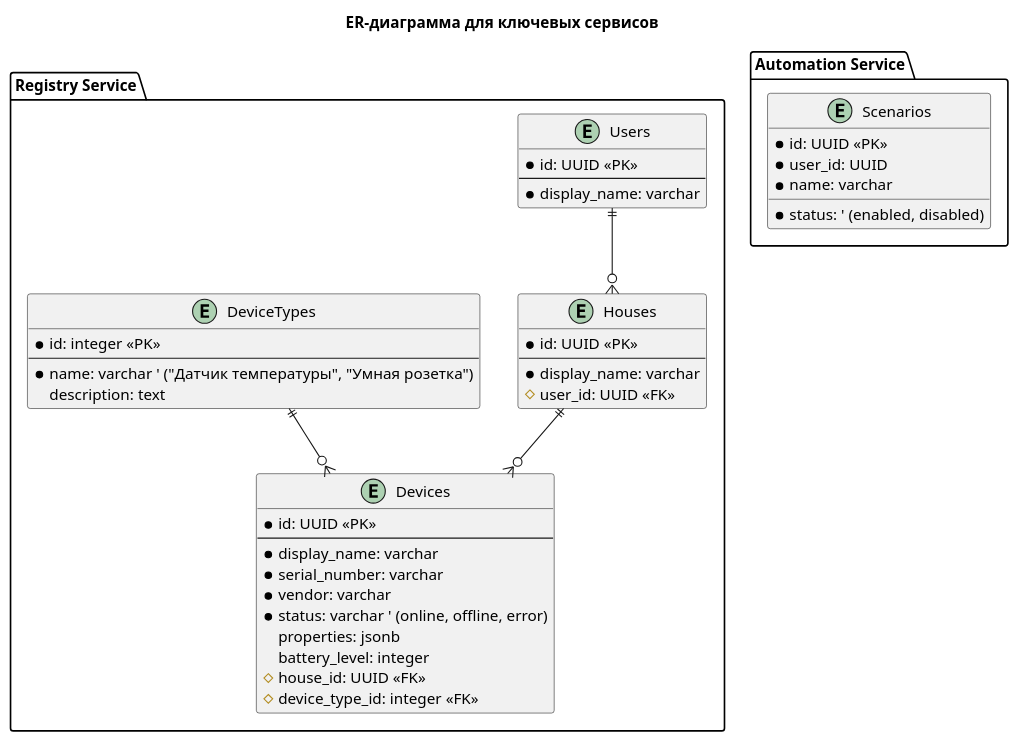
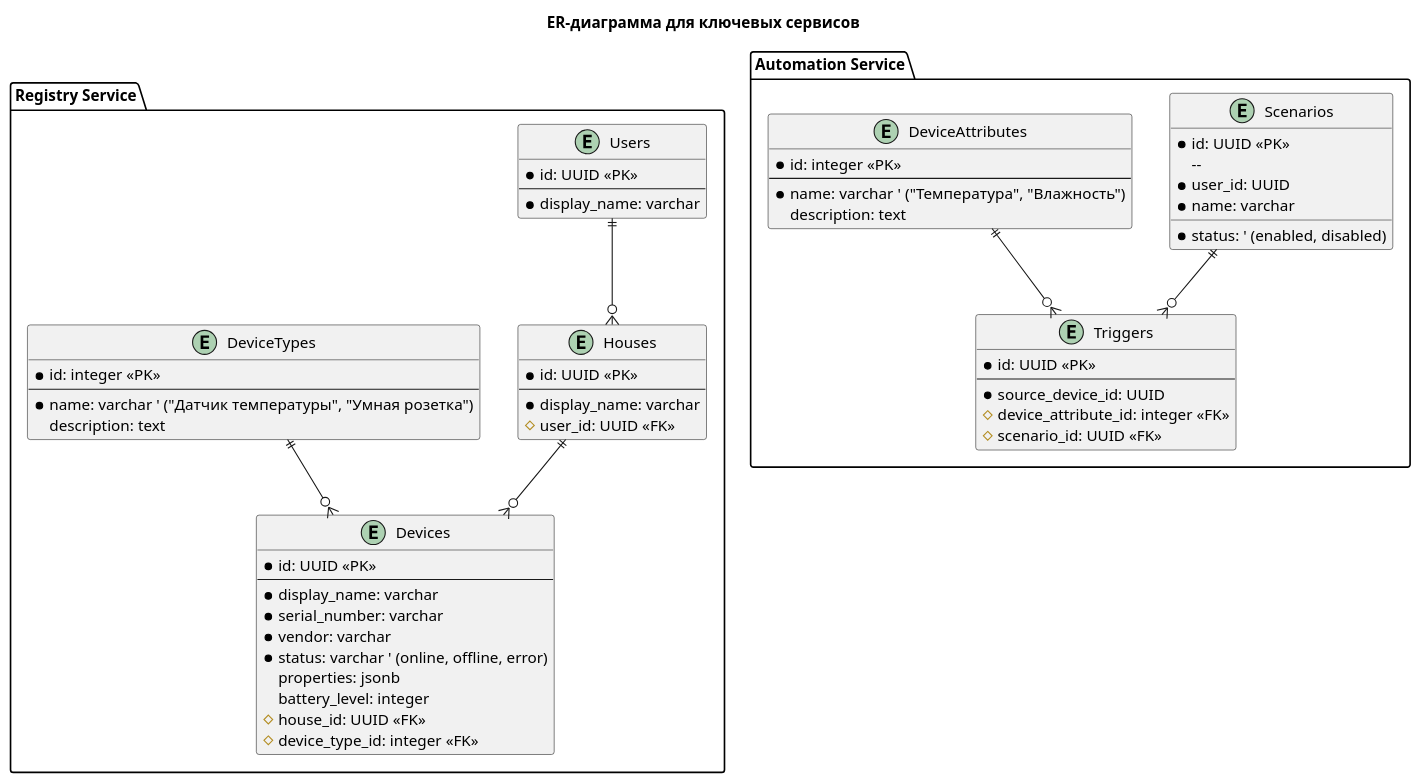
One commit to Manjago/arch-pro-sprint1 changed the diagram in docs/diagrams/ER_Diagram_CoreServices.puml. Above: the diagram before and after it, drawn with PlantUML.

Commit message:
entity "Triggers"

```diff
--- a/docs/diagrams/ER_Diagram_CoreServices.puml
+++ b/docs/diagrams/ER_Diagram_CoreServices.puml
@@ -1,82 +1,117 @@
 @startuml ER_Diagram_CoreServices
 
 title ER-диаграмма для ключевых сервисов
 
 package "Registry Service" {
 
+' Пользователи
 entity "Users" {
   ' Уникальный идентификатор, синхронизируется с Users Service
   * id: UUID <<PK>>
   --
   ' Отображаемое имя, используется в интерфейсах поддержки
   * display_name: varchar
 }
 
+' Дома
 entity "Houses" {
   ' Уникальный идентификатор дома
   * id: UUID <<PK>>
   --
   ' Отображаемое имя (например, "Дача")
   * display_name: varchar
   ' Внешний ключ на владельца дома
   # user_id: UUID <<FK>>
 }
 
+' Устройства
 entity "Devices" {
   ' Уникальный идентификатор устройства
     * id: UUID <<PK>>
     --
   ' Отображаемое имя (например, "Нагреватель в спальне")
     * display_name: varchar
   ' Серийный номер производителя
     * serial_number: varchar
   ' Вендор (по хорошему справочник, но упростим)
     * vendor: varchar
   ' Статус (включен, выключен, поломался)
     * status: varchar ' (online, offline, error)
   ' Дополнительные свойства
     properties: jsonb
   ' Уроверь батареи, в процентах
     battery_level: integer
   ' Внешний ключ на дом
     # house_id: UUID <<FK>>
   ' Внешний ключ на тип устройства
     # device_type_id: integer <<FK>>
   }
 
+' Типы устройств
 entity "DeviceTypes" {
   ' Уникальный идентификатор типа устройства
     * id: integer <<PK>>
     --
   ' Имя 
     * name: varchar ' ("Датчик температуры", "Умная розетка")
     description: text
   }
 
 
 ' У одного пользователя может быть 0 или больше домов
   Users ||--o{ Houses
 ' В доме может не быть устройств (ил ибыть много)
   Houses ||--o{ Devices
-' Мы можем знать об тип устройств, но их пока нет
+' Мы можем знать о типе устройств, но их пока нет
   DeviceTypes ||--o{ Devices
 }
 
 package "Automation Service" {
 
+' Сценарии
 entity "Scenarios" {
 ' Идентификатор сценария    
   * id: UUID <<PK>>
+    --
 ' Идентификатор пользователя, синхронизируется с Users Service
   * user_id: UUID
 ' Человекочитаемое наименование сценария
   * name: varchar
 ' Сценарий активен или приостановлен (enum более расширяемо, чем просто ищщдуфт)
   * status: ' (enabled, disabled)
 }
 
+' Атрибуты устройств (температура, влажность)
+entity "DeviceAttributes" {
+  ' Уникальный идентификатор атрибута
+    * id: integer <<PK>>
+    --
+  ' Имя 
+    * name: varchar ' ("Температура", "Влажность")
+    description: text
+  }
+
+
+' Триггеры (на что реагируем)
+entity "Triggers" {
+' Идентификатор триггера
+  * id: UUID <<PK>>
+  --
+' На какое устройство реагируем (не внешний ключ, таблицы устройств тут не будет, будет ходить за метаданными чере API)    
+  * source_device_id: UUID 
+' На какое его свойство? Например, "Температура"  
+  # device_attribute_id: integer <<FK>>
+' Триггер связан со сценарием
+  # scenario_id: UUID <<FK>>
+}
+
+  ' Один атрибут может использоваться во многих триггерах
+  DeviceAttributes ||--o{ Triggers
+' У одного сценария может быть один или несколько триггеров
+  Scenarios ||--o{ Triggers
+
 }
 
 
 
 @enduml
```
